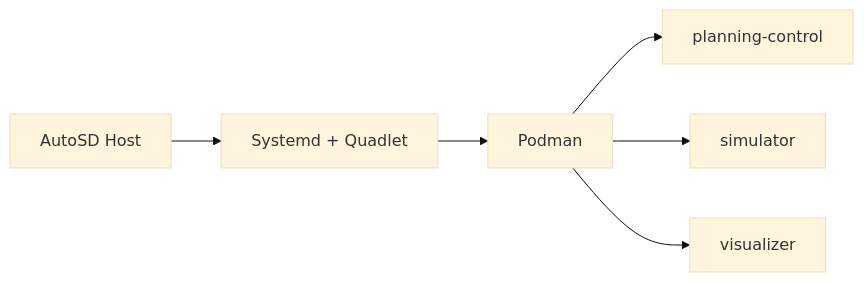
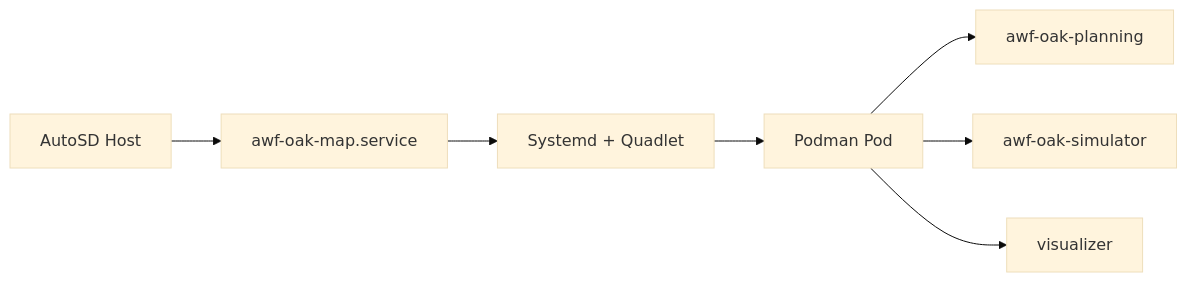
One commit to oguzkaganozt/openadkit changed the diagram in docs/platforms/autosd/planning-simulator/index.md. Above: the diagram before and after it, drawn with Mermaid (base theme). The commit also changed other lines of this file and 13 other files, not shown here.

````diff
--- a/docs/platforms/autosd/planning-simulator/index.md
+++ b/docs/platforms/autosd/planning-simulator/index.md
@@ -27,8 +66,9 @@
 ```mermaid
 graph LR
-    Host[AutoSD Host] --> Systemd[Systemd + Quadlet]
-    Systemd --> Podman[Podman]
-    Podman --> PC[planning-control]
-    Podman --> SIM[simulator]
+    Host[AutoSD Host] --> MapSvc[awf-oak-map.service]
+    MapSvc --> Systemd[Systemd + Quadlet]
+    Systemd --> Podman[Podman Pod]
+    Podman --> PC[awf-oak-planning]
+    Podman --> SIM[awf-oak-simulator]
     Podman --> VIZ[visualizer]
 ```
````
